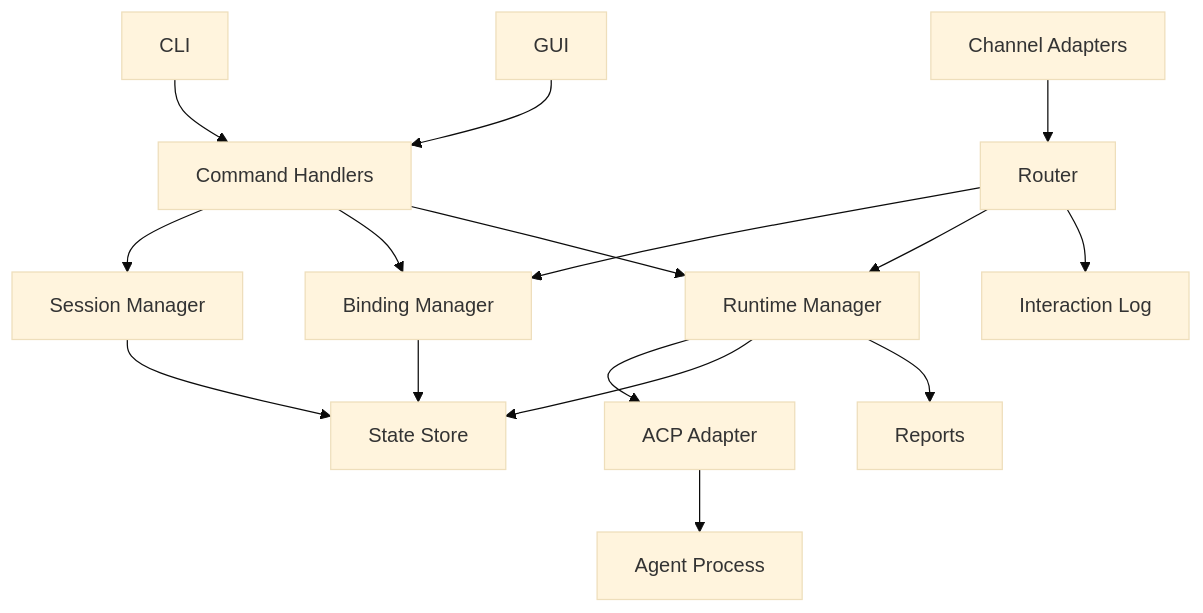
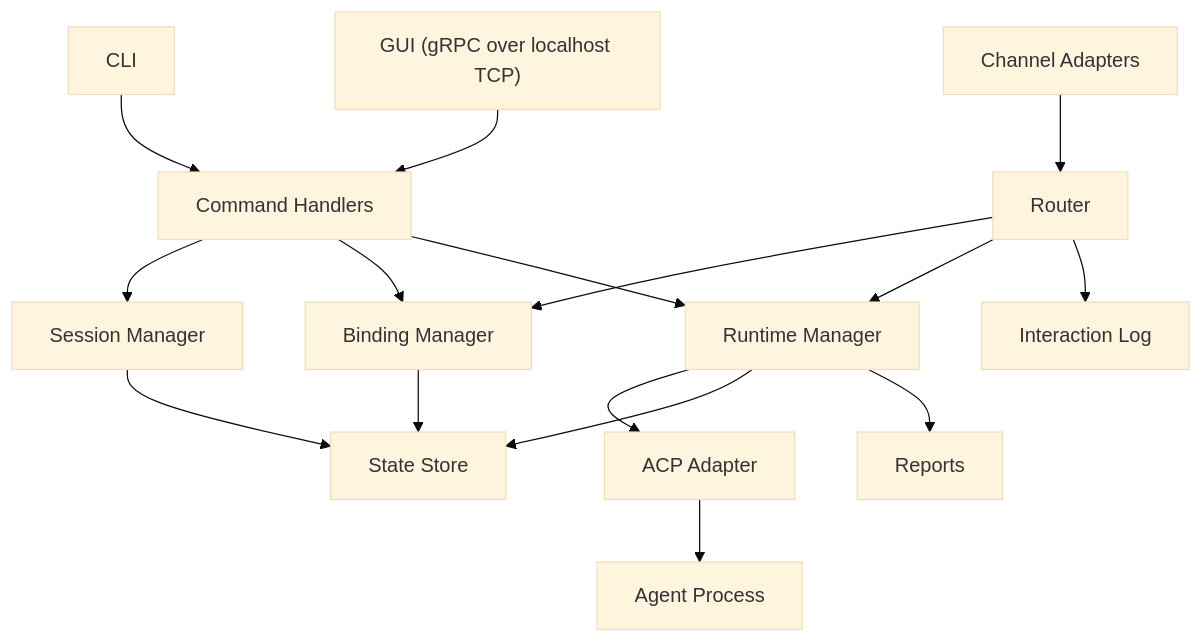
The diagram in docs/GO_BACKEND_ARCHITECTURE.md (zhoushoujianwork/cli-agent-gateway), drawn with Mermaid (base theme) before and after one commit. The commit also changed other lines of this file and 9 other files, not shown here.

Commit message:
Add structured GUI session timeline events

````diff
--- a/docs/GO_BACKEND_ARCHITECTURE.md
+++ b/docs/GO_BACKEND_ARCHITECTURE.md
@@ -85,18 +97,18 @@
 ```mermaid
 flowchart TD
     CLI["CLI"] --> API["Command Handlers"]
-    GUI["GUI"] --> API
+    GUI["GUI (gRPC over localhost TCP)"] --> API
     CH["Channel Adapters"] --> RT["Router"]
     API --> SM["Session Manager"]
     API --> BM["Binding Manager"]
     API --> RM["Runtime Manager"]
     RT --> BM
     RT --> RM
     RM --> ACP["ACP Adapter"]
     ACP --> AG["Agent Process"]
     SM --> ST["State Store"]
     BM --> ST
     RM --> ST
     RT --> IL["Interaction Log"]
     RM --> RP["Reports"]
 ```
````
